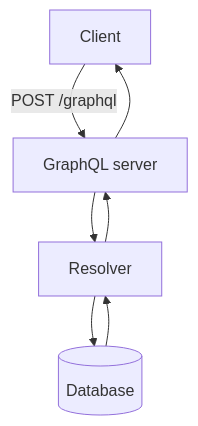
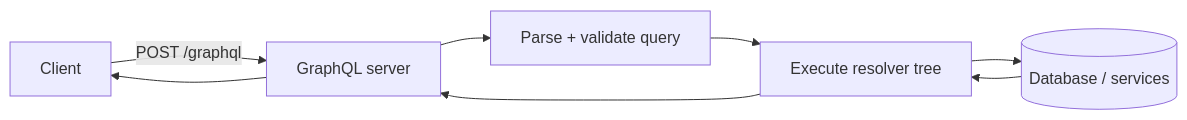
One commit to hareramcse/SystemDesign changed the third of 28 diagrams in 07-api-design/README.md. Above: the diagram before and after it, drawn with Mermaid. The commit also changed other lines of this file and 14 other files, not shown here.

````diff
--- a/07-api-design/README.md
+++ b/07-api-design/README.md
@@ -438,9 +301,10 @@
 ```mermaid
-flowchart TB
+flowchart LR
     C[Client] -->|POST /graphql| GQL[GraphQL server]
-    GQL --> R[Resolver]
-    R --> DB[(Database)]
-    DB --> R
-    R --> GQL
+    GQL --> Parse[Parse + validate query]
+    Parse --> Exec[Execute resolver tree]
+    Exec --> DB[(Database / services)]
+    DB --> Exec
+    Exec --> GQL
     GQL --> C
 ```
````
